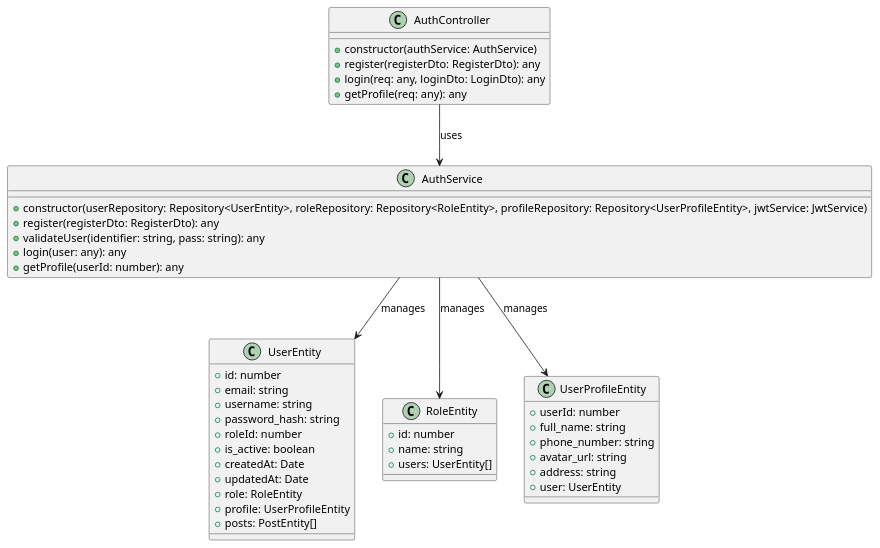
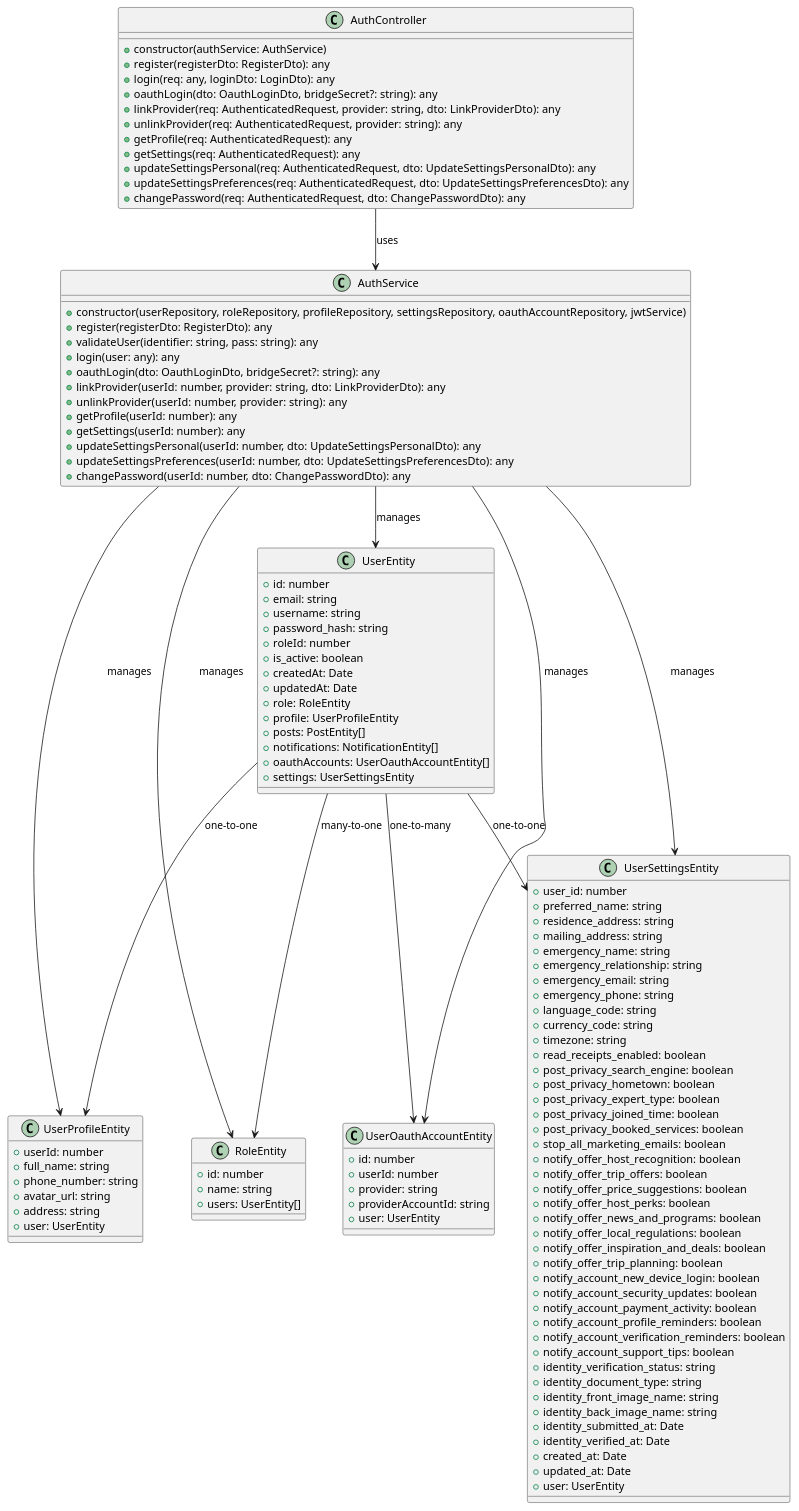
Before and after one commit to YueTruong/VLURentingProject: the diagram in auth-controller-diagram.puml, drawn with PlantUML. The commit also changed other lines of this file and 17 other files, not shown here.

```diff
--- a/auth-controller-diagram.puml
+++ b/auth-controller-diagram.puml
@@ -1,53 +1,128 @@
 @startuml Auth Controller Diagram
 
 class AuthController {
   +constructor(authService: AuthService)
   +register(registerDto: RegisterDto): any
   +login(req: any, loginDto: LoginDto): any
-  +getProfile(req: any): any
+  +oauthLogin(dto: OauthLoginDto, bridgeSecret?: string): any
+  +linkProvider(req: AuthenticatedRequest, provider: string, dto: LinkProviderDto): any
+  +unlinkProvider(req: AuthenticatedRequest, provider: string): any
+  +getProfile(req: AuthenticatedRequest): any
+  +getSettings(req: AuthenticatedRequest): any
+  +updateSettingsPersonal(req: AuthenticatedRequest, dto: UpdateSettingsPersonalDto): any
+  +updateSettingsPreferences(req: AuthenticatedRequest, dto: UpdateSettingsPreferencesDto): any
+  +changePassword(req: AuthenticatedRequest, dto: ChangePasswordDto): any
 }
 
 class AuthService {
-  +constructor(userRepository: Repository<UserEntity>, roleRepository: Repository<RoleEntity>, profileRepository: Repository<UserProfileEntity>, jwtService: JwtService)
+  +constructor(userRepository, roleRepository, profileRepository, settingsRepository, oauthAccountRepository, jwtService)
   +register(registerDto: RegisterDto): any
   +validateUser(identifier: string, pass: string): any
   +login(user: any): any
+  +oauthLogin(dto: OauthLoginDto, bridgeSecret?: string): any
+  +linkProvider(userId: number, provider: string, dto: LinkProviderDto): any
+  +unlinkProvider(userId: number, provider: string): any
   +getProfile(userId: number): any
+  +getSettings(userId: number): any
+  +updateSettingsPersonal(userId: number, dto: UpdateSettingsPersonalDto): any
+  +updateSettingsPreferences(userId: number, dto: UpdateSettingsPreferencesDto): any
+  +changePassword(userId: number, dto: ChangePasswordDto): any
 }
 
 class UserEntity {
   +id: number
   +email: string
   +username: string
   +password_hash: string
   +roleId: number
   +is_active: boolean
   +createdAt: Date
   +updatedAt: Date
   +role: RoleEntity
   +profile: UserProfileEntity
   +posts: PostEntity[]
+  +notifications: NotificationEntity[]
+  +oauthAccounts: UserOauthAccountEntity[]
+  +settings: UserSettingsEntity
 }
 
 class RoleEntity {
   +id: number
   +name: string
   +users: UserEntity[]
 }
 
 class UserProfileEntity {
   +userId: number
   +full_name: string
   +phone_number: string
   +avatar_url: string
   +address: string
   +user: UserEntity
 }
 
+class UserSettingsEntity {
+  +user_id: number
+  +preferred_name: string
+  +residence_address: string
+  +mailing_address: string
+  +emergency_name: string
+  +emergency_relationship: string
+  +emergency_email: string
+  +emergency_phone: string
+  +language_code: string
+  +currency_code: string
+  +timezone: string
+  +read_receipts_enabled: boolean
+  +post_privacy_search_engine: boolean
+  +post_privacy_hometown: boolean
+  +post_privacy_expert_type: boolean
+  +post_privacy_joined_time: boolean
+  +post_privacy_booked_services: boolean
+  +stop_all_marketing_emails: boolean
+  +notify_offer_host_recognition: boolean
+  +notify_offer_trip_offers: boolean
+  +notify_offer_price_suggestions: boolean
+  +notify_offer_host_perks: boolean
+  +notify_offer_news_and_programs: boolean
+  +notify_offer_local_regulations: boolean
+  +notify_offer_inspiration_and_deals: boolean
+  +notify_offer_trip_planning: boolean
+  +notify_account_new_device_login: boolean
+  +notify_account_security_updates: boolean
+  +notify_account_payment_activity: boolean
+  +notify_account_profile_reminders: boolean
+  +notify_account_verification_reminders: boolean
+  +notify_account_support_tips: boolean
+  +identity_verification_status: string
+  +identity_document_type: string
+  +identity_front_image_name: string
+  +identity_back_image_name: string
+  +identity_submitted_at: Date
+  +identity_verified_at: Date
+  +created_at: Date
+  +updated_at: Date
+  +user: UserEntity
+}
+
+class UserOauthAccountEntity {
+  +id: number
+  +userId: number
+  +provider: string
+  +providerAccountId: string
+  +user: UserEntity
+}
+
 ' Relationships
 AuthController --> AuthService : uses
 AuthService --> UserEntity : manages
 AuthService --> RoleEntity : manages
 AuthService --> UserProfileEntity : manages
+AuthService --> UserSettingsEntity : manages
+AuthService --> UserOauthAccountEntity : manages
+UserEntity --> RoleEntity : many-to-one
+UserEntity --> UserProfileEntity : one-to-one
+UserEntity --> UserSettingsEntity : one-to-one
+UserEntity --> UserOauthAccountEntity : one-to-many
 
 @enduml
```
